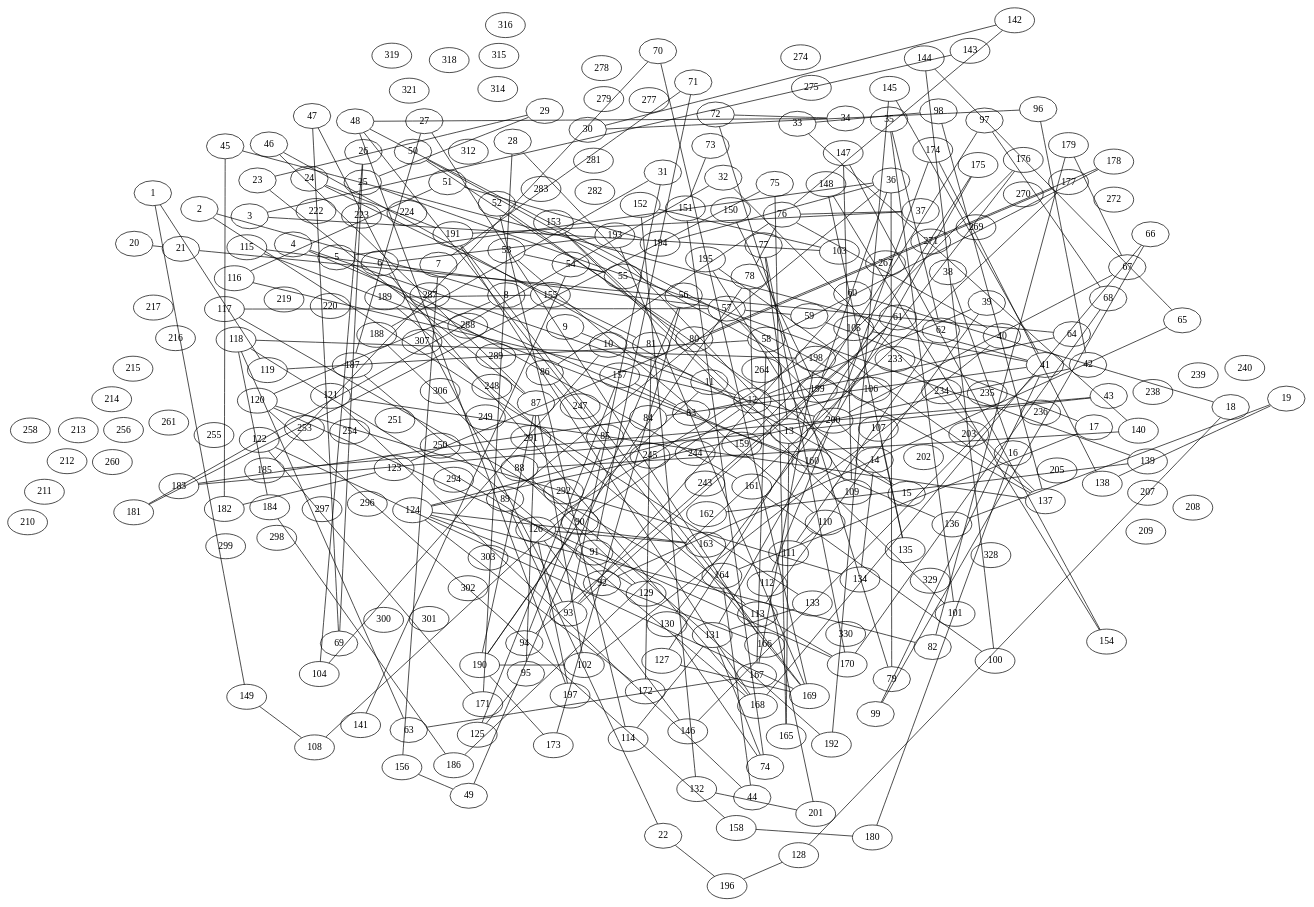
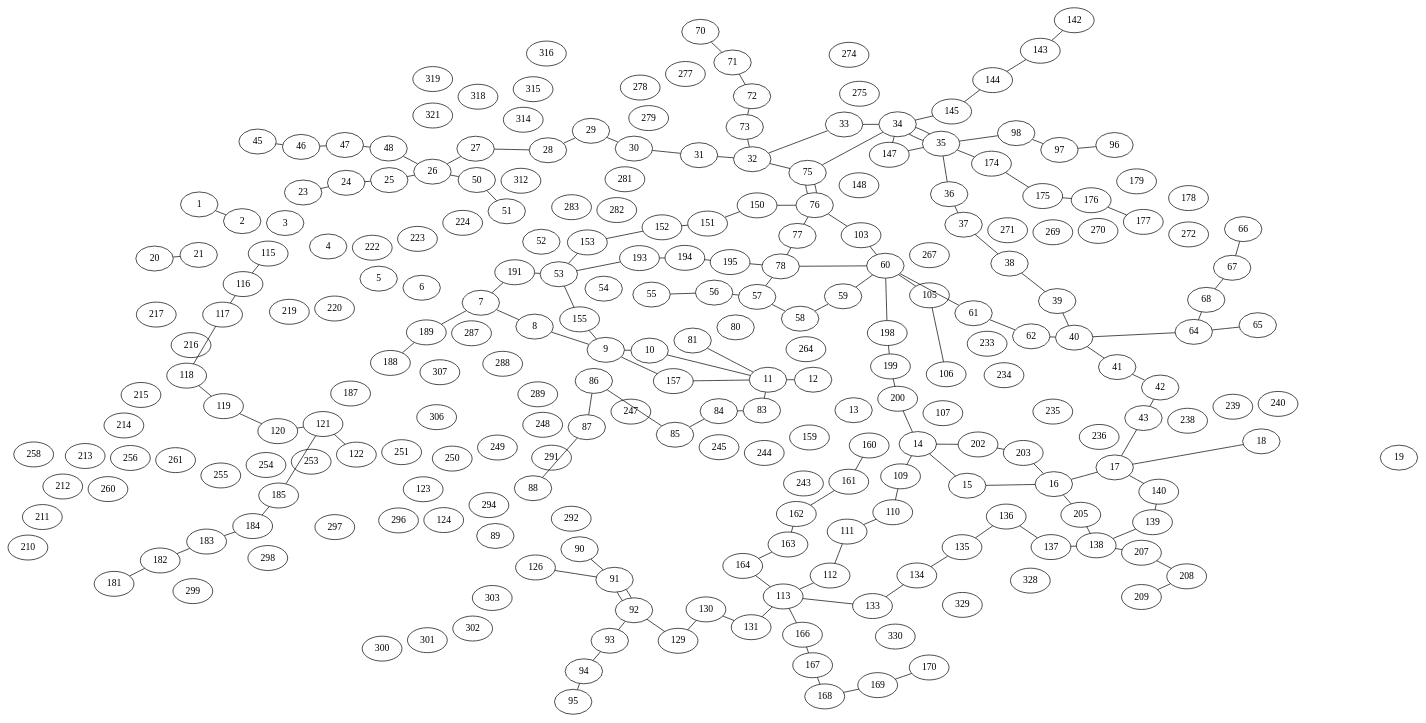
The diagram in graphe.dot (noegng/ProbSciANA), drawn with Graphviz before and after one commit. The commit also changed 5 other files, not shown here.

```diff
--- a/graphe.dot
+++ b/graphe.dot
@@ -247,228 +247,168 @@
     "328" [pos="2.38661785021406,48.8333193028951!"];
     "329" [pos="2.3764873711683,48.8299257649806!"];
     "330" [pos="2.36692312153081,48.827123440481!"];
-    "1" -- "119";
-    "1" -- "149";
-    "2" -- "8";
-    "2" -- "133";
-    "3" -- "103";
-    "3" -- "143";
-    "4" -- "12";
-    "4" -- "136";
-    "5" -- "36";
-    "5" -- "161";
-    "6" -- "168";
-    "6" -- "193";
-    "7" -- "71";
-    "7" -- "156";
-    "8" -- "120";
-    "9" -- "11";
-    "10" -- "104";
-    "11" -- "108";
-    "12" -- "39";
-    "12" -- "78";
-    "12" -- "90";
-    "13" -- "28";
-    "13" -- "43";
-    "13" -- "77";
-    "13" -- "97";
-    "13" -- "165";
-    "13" -- "183";
-    "14" -- "57";
-    "14" -- "134";
-    "15" -- "46";
-    "15" -- "52";
-    "16" -- "38";
-    "16" -- "180";
-    "17" -- "59";
-    "17" -- "164";
-    "18" -- "60";
-    "18" -- "128";
-    "19" -- "136";
-    "19" -- "138";
+    "1" -- "2";
+    "7" -- "8";
+    "8" -- "9";
+    "9" -- "10";
+    "10" -- "11";
+    "11" -- "12";
+    "14" -- "15";
+    "15" -- "16";
+    "16" -- "17";
+    "17" -- "18";
     "20" -- "21";
-    "21" -- "64";
-    "22" -- "89";
-    "22" -- "196";
-    "23" -- "29";
-    "23" -- "87";
-    "24" -- "81";
-    "24" -- "191";
-    "25" -- "29";
-    "25" -- "139";
-    "26" -- "69";
-    "26" -- "104";
-    "27" -- "166";
-    "27" -- "187";
-    "28" -- "171";
-    "30" -- "96";
-    "30" -- "142";
-    "31" -- "93";
-    "31" -- "188";
-    "32" -- "137";
-    "32" -- "181";
-    "33" -- "98";
-    "33" -- "140";
-    "34" -- "48";
-    "34" -- "72";
-    "35" -- "62";
-    "35" -- "101";
-    "36" -- "79";
-    "36" -- "89";
-    "36" -- "194";
-    "36" -- "199";
-    "37" -- "76";
-    "37" -- "191";
-    "39" -- "113";
-    "40" -- "76";
-    "40" -- "102";
-    "41" -- "45";
-    "41" -- "84";
-    "41" -- "99";
-    "41" -- "105";
-    "41" -- "145";
-    "41" -- "146";
-    "42" -- "96";
-    "42" -- "124";
-    "43" -- "185";
-    "44" -- "121";
-    "44" -- "164";
-    "45" -- "182";
-    "46" -- "87";
-    "47" -- "69";
-    "47" -- "93";
-    "48" -- "85";
-    "48" -- "106";
-    "48" -- "197";
-    "49" -- "56";
-    "49" -- "156";
-    "50" -- "80";
-    "50" -- "137";
-    "51" -- "116";
-    "51" -- "194";
-    "52" -- "114";
-    "53" -- "55";
-    "53" -- "110";
-    "54" -- "55";
-    "54" -- "141";
-    "56" -- "173";
-    "57" -- "59";
-    "57" -- "115";
-    "57" -- "117";
-    "58" -- "119";
-    "58" -- "167";
-    "58" -- "178";
-    "60" -- "93";
-    "61" -- "93";
-    "61" -- "94";
-    "62" -- "111";
-    "63" -- "118";
-    "63" -- "167";
-    "64" -- "83";
-    "65" -- "92";
-    "65" -- "144";
-    "66" -- "99";
-    "66" -- "168";
-    "67" -- "179";
-    "67" -- "200";
-    "68" -- "97";
-    "68" -- "170";
-    "70" -- "169";
-    "70" -- "185";
-    "71" -- "91";
-    "72" -- "79";
-    "73" -- "151";
-    "74" -- "130";
-    "74" -- "131";
-    "74" -- "151";
-    "75" -- "165";
-    "75" -- "181";
-    "76" -- "78";
-    "76" -- "86";
-    "76" -- "142";
-    "77" -- "170";
-    "78" -- "190";
-    "80" -- "178";
-    "81" -- "172";
-    "82" -- "124";
-    "82" -- "179";
-    "83" -- "157";
-    "84" -- "183";
-    "85" -- "94";
-    "86" -- "169";
-    "87" -- "95";
-    "87" -- "102";
-    "87" -- "190";
-    "88" -- "140";
-    "88" -- "192";
-    "90" -- "190";
-    "95" -- "125";
-    "98" -- "137";
-    "100" -- "144";
-    "100" -- "161";
-    "101" -- "153";
-    "102" -- "190";
-    "103" -- "152";
-    "105" -- "126";
-    "106" -- "124";
-    "107" -- "135";
-    "108" -- "149";
-    "109" -- "147";
-    "109" -- "195";
+    "23" -- "24";
+    "24" -- "25";
+    "25" -- "26";
+    "26" -- "27";
+    "27" -- "28";
+    "28" -- "29";
+    "29" -- "30";
+    "30" -- "31";
+    "31" -- "32";
+    "32" -- "33";
+    "33" -- "34";
+    "34" -- "35";
+    "35" -- "36";
+    "36" -- "37";
+    "37" -- "38";
+    "38" -- "39";
+    "39" -- "40";
+    "40" -- "41";
+    "41" -- "42";
+    "42" -- "43";
+    "43" -- "17";
+    "45" -- "46";
+    "46" -- "47";
+    "47" -- "48";
+    "48" -- "26";
+    "26" -- "50";
+    "50" -- "51";
+    "55" -- "56";
+    "56" -- "57";
+    "57" -- "58";
+    "58" -- "59";
+    "59" -- "60";
+    "60" -- "61";
+    "61" -- "62";
+    "62" -- "40";
+    "40" -- "64";
+    "64" -- "65";
+    "70" -- "71";
+    "71" -- "72";
+    "72" -- "73";
+    "73" -- "32";
+    "32" -- "75";
+    "75" -- "76";
+    "76" -- "77";
+    "77" -- "78";
+    "78" -- "57";
+    "81" -- "11";
+    "11" -- "83";
+    "83" -- "84";
+    "84" -- "85";
+    "85" -- "86";
+    "86" -- "87";
+    "87" -- "88";
+    "90" -- "91";
+    "91" -- "92";
+    "92" -- "93";
+    "93" -- "94";
+    "94" -- "95";
+    "96" -- "97";
+    "97" -- "98";
+    "98" -- "35";
+    "35" -- "34";
+    "34" -- "75";
+    "75" -- "76";
+    "76" -- "103";
+    "103" -- "60";
+    "60" -- "105";
+    "105" -- "106";
+    "14" -- "109";
+    "109" -- "110";
     "110" -- "111";
-    "112" -- "200";
-    "112" -- "201";
-    "113" -- "189";
-    "114" -- "131";
-    "115" -- "160";
-    "116" -- "200";
-    "117" -- "170";
-    "118" -- "129";
-    "118" -- "184";
-    "118" -- "198";
-    "120" -- "134";
-    "120" -- "158";
-    "120" -- "170";
-    "121" -- "137";
-    "122" -- "169";
-    "122" -- "171";
-    "123" -- "177";
-    "123" -- "182";
-    "124" -- "163";
-    "124" -- "166";
-    "124" -- "172";
-    "125" -- "157";
-    "126" -- "146";
-    "126" -- "163";
-    "126" -- "197";
-    "127" -- "169";
-    "127" -- "175";
-    "128" -- "196";
-    "129" -- "188";
-    "130" -- "176";
-    "131" -- "133";
-    "131" -- "175";
-    "132" -- "152";
-    "132" -- "201";
-    "135" -- "148";
-    "137" -- "195";
-    "138" -- "174";
-    "139" -- "162";
-    "145" -- "192";
-    "147" -- "154";
-    "148" -- "154";
-    "150" -- "199";
-    "153" -- "160";
-    "155" -- "189";
-    "158" -- "180";
-    "159" -- "176";
-    "167" -- "198";
-    "168" -- "187";
-    "168" -- "191";
-    "169" -- "191";
-    "169" -- "193";
-    "173" -- "190";
-    "174" -- "200";
-    "177" -- "186";
-    "184" -- "186";
+    "111" -- "112";
+    "112" -- "113";
+    "64" -- "68";
+    "68" -- "67";
+    "67" -- "66";
+    "115" -- "116";
+    "116" -- "117";
+    "117" -- "118";
+    "118" -- "119";
+    "119" -- "120";
+    "120" -- "121";
+    "121" -- "122";
+    "126" -- "91";
+    "91" -- "92";
+    "92" -- "129";
+    "129" -- "130";
+    "130" -- "131";
+    "131" -- "113";
+    "113" -- "133";
+    "133" -- "134";
+    "134" -- "135";
+    "135" -- "136";
+    "136" -- "137";
+    "137" -- "138";
+    "138" -- "139";
+    "139" -- "140";
+    "140" -- "17";
+    "142" -- "143";
+    "143" -- "144";
+    "144" -- "145";
+    "145" -- "34";
+    "34" -- "147";
+    "76" -- "150";
+    "150" -- "151";
+    "151" -- "152";
+    "152" -- "153";
+    "153" -- "53";
+    "53" -- "155";
+    "155" -- "9";
+    "9" -- "157";
+    "157" -- "11";
+    "160" -- "161";
+    "161" -- "162";
+    "162" -- "163";
+    "163" -- "164";
+    "164" -- "113";
+    "113" -- "166";
+    "166" -- "167";
+    "167" -- "168";
+    "168" -- "169";
+    "169" -- "170";
+    "147" -- "35";
+    "35" -- "174";
+    "174" -- "175";
+    "175" -- "176";
+    "176" -- "177";
+    "181" -- "182";
+    "182" -- "183";
+    "183" -- "184";
+    "184" -- "185";
+    "185" -- "121";
+    "188" -- "189";
+    "189" -- "7";
+    "7" -- "191";
+    "191" -- "53";
+    "53" -- "193";
+    "193" -- "194";
+    "194" -- "195";
+    "195" -- "78";
+    "78" -- "60";
+    "60" -- "198";
+    "198" -- "199";
+    "199" -- "200";
+    "200" -- "14";
+    "14" -- "202";
+    "202" -- "203";
+    "203" -- "16";
+    "16" -- "205";
+    "205" -- "138";
+    "138" -- "207";
+    "207" -- "208";
+    "208" -- "209";
 }
```
